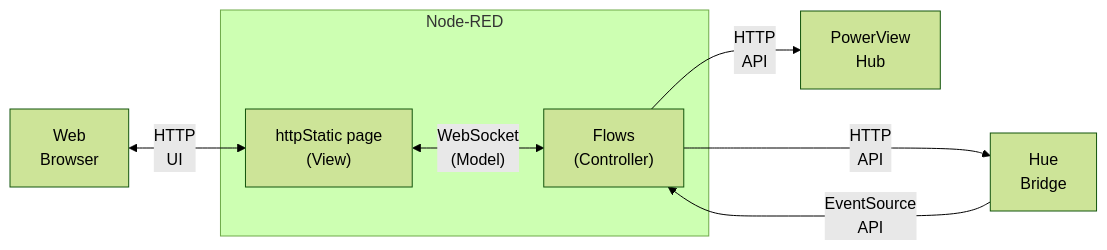
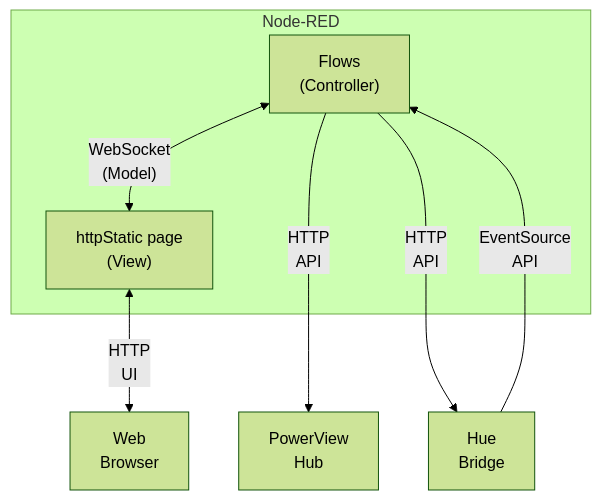
Before and after one commit to parasaurolophus/home-automation: the diagram in README.md, drawn with Mermaid (forest theme). The commit also changed other lines of this file, not shown here.

First line of the commit message:
Move flow chart nearer to top of README.md

````diff
--- a/README.md
+++ b/README.md
@@ -253,20 +5,18 @@
 ```mermaid
-flowchart LR
+flowchart TD
 
-  browser["Web\nBrowser"]
   flows["Flows\n(Controller)"]
   vue["httpStatic page\n(View)"]
   hue["Hue\nBridge"]
   powerview["PowerView\nHub"]
-
-  browser<-- "HTTP\nUI" -->vue
+  browser["Web\nBrowser"]
 
   subgraph Node-RED
-    vue<-- "WebSocket\n(Model)" -->flows
+    flows<-- "WebSocket\n(Model)" -->vue
   end
 
-  hue-- "EventSource\nAPI" --->flows
-  flows-- "HTTP\nAPI" -->hue
-  flows-- "HTTP\nAPI" -->powerview
-
+  vue<-- "HTTP\nUI" -->browser
+  flows-- "HTTP\nAPI" --->powerview
+  flows-- "HTTP\nAPI" --->hue
+  hue-- "EventSource\nAPI" -->flows
 ```
````
